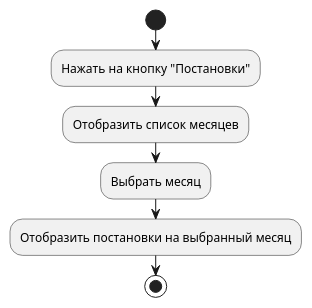
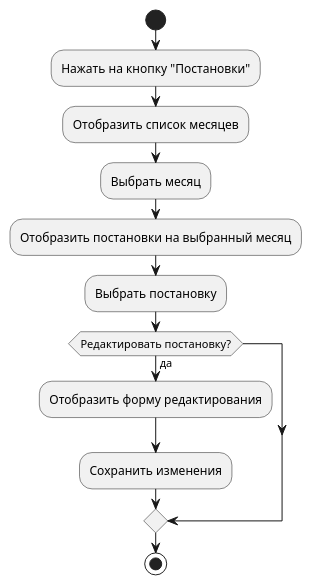
One commit to sinseiwas/PROspekt_bot changed the diagram in docs/diagrams/theatre_info.puml. Above: the diagram before and after it, drawn with PlantUML. The commit also changed 9 other files, not shown here.

```diff
--- a/docs/diagrams/theatre_info.puml
+++ b/docs/diagrams/theatre_info.puml
@@ -1,8 +1,13 @@
 @startuml
 start
 :Нажать на кнопку "Постановки";
 :Отобразить список месяцев;
 :Выбрать месяц;
 :Отобразить постановки на выбранный месяц;
+:Выбрать постановку;
+if (Редактировать постановку?) then (да)
+  :Отобразить форму редактирования;
+  :Сохранить изменения;
+endif
 stop
 @enduml
```
